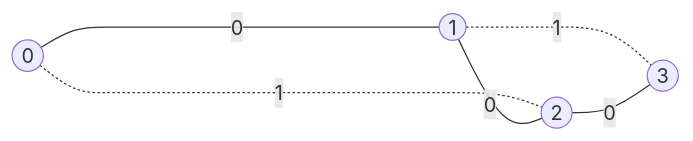
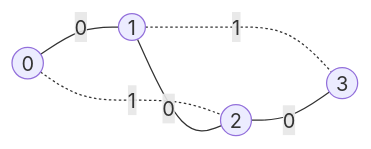
The diagram in docs/CONTRIBUTING.md (aacfox/RMST), drawn with Mermaid before and after one commit.

````diff
--- a/docs/CONTRIBUTING.md
+++ b/docs/CONTRIBUTING.md
@@ -23,9 +23,9 @@
 ```mermaid
 graph LR
   0((0)); 1((1)); 2((2)); 3((3))
-  0-- 0 --------1
+  0-- 0 ---1
   0-. 1 ..-2
   1-- 0 ---2
   1-. 1 ..-3
   2-- 0 ---3
 ```
````
